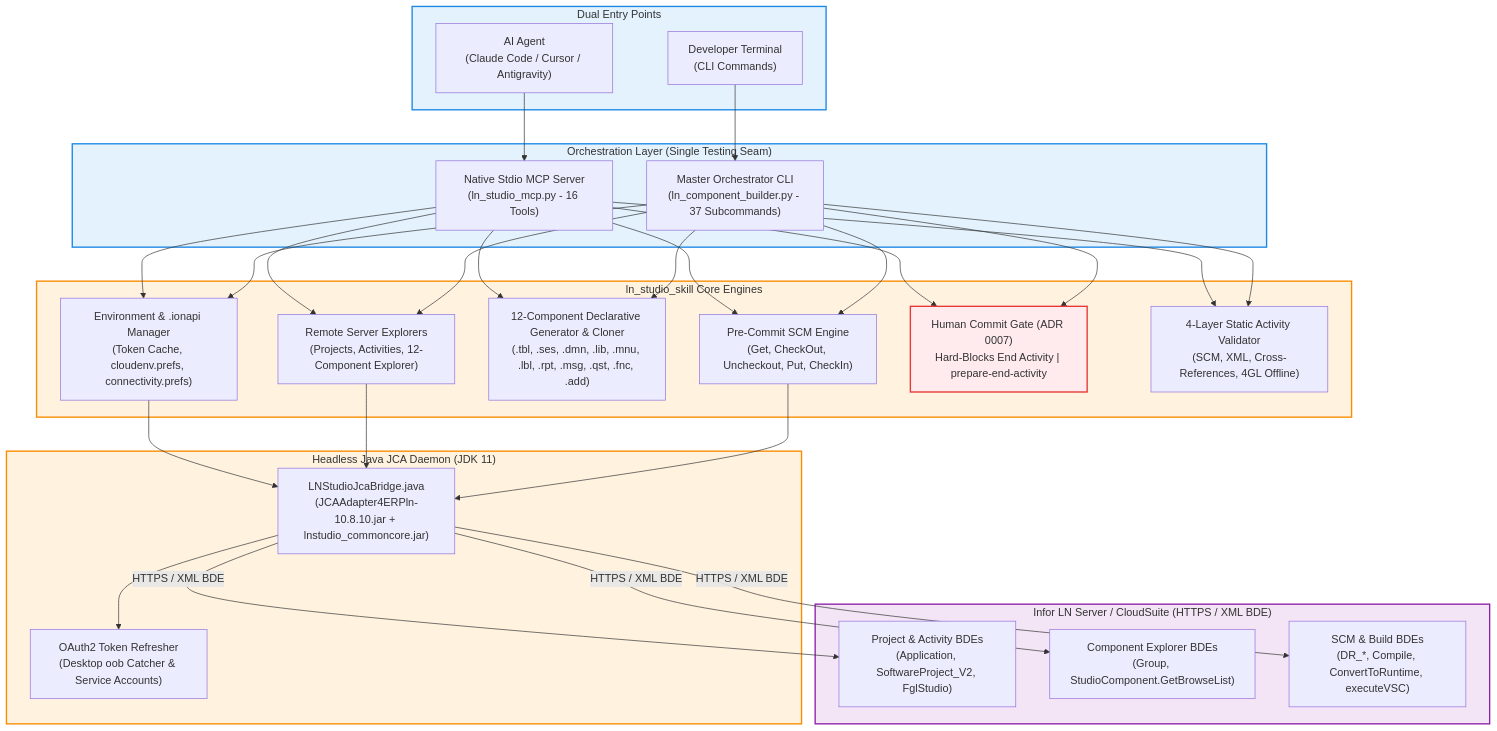
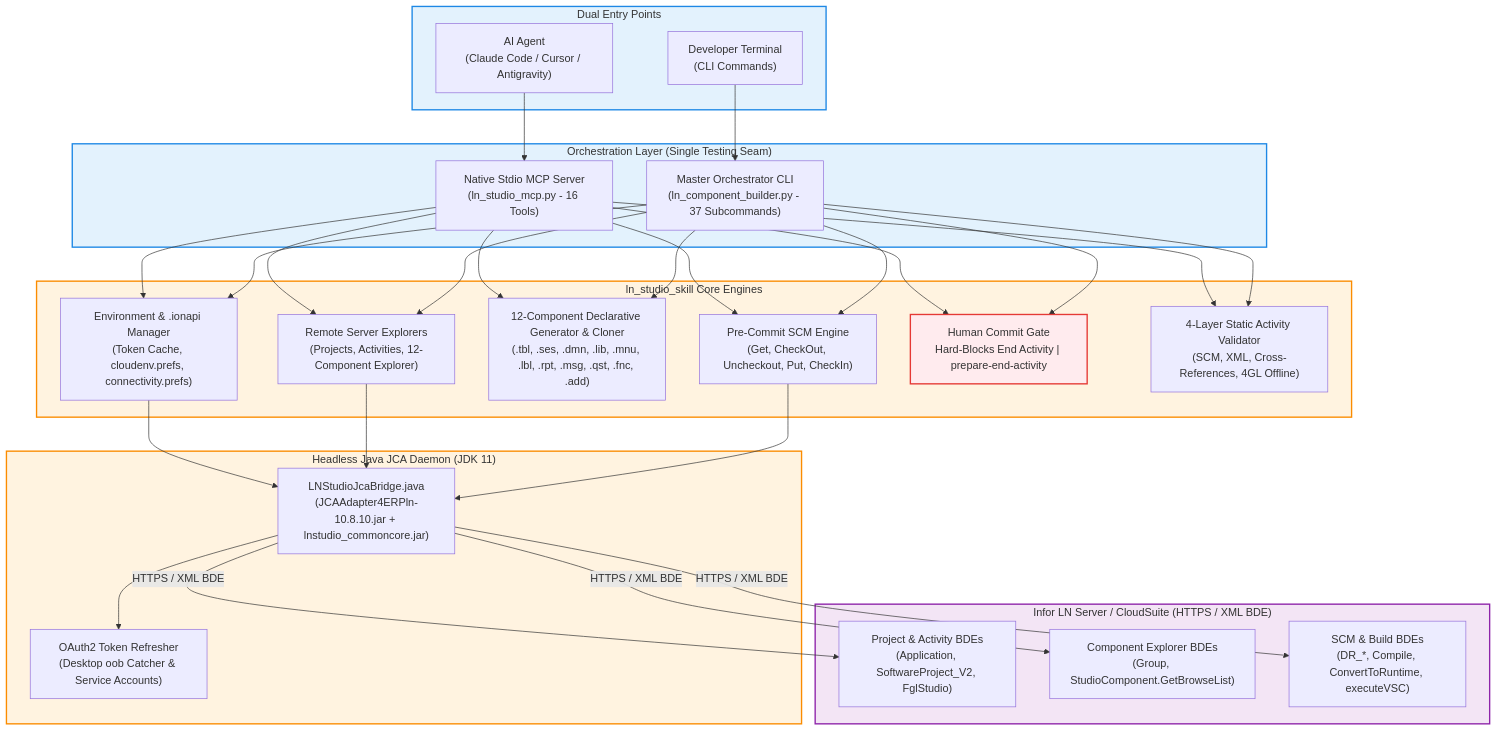
One commit to VerginEvil/Skill_LN changed the diagram in ln_studio_skill/README.md. Above: the diagram before and after it, drawn with Mermaid. The commit also changed other lines of this file and 6 other files, not shown here.

````diff
--- a/ln_studio_skill/README.md
+++ b/ln_studio_skill/README.md
@@ -56,67 +52,67 @@
 ```mermaid
 flowchart TD
     subgraph Clients["Dual Entry Points"]
         AGENT["AI Agent\n(Claude Code / Cursor / Antigravity)"]
         DEV["Developer Terminal\n(CLI Commands)"]
     end
 
     subgraph EntryLayers["Orchestration Layer (Single Testing Seam)"]
         MCP["Native Stdio MCP Server\n(ln_studio_mcp.py - 16 Tools)"]
         CLI["Master Orchestrator CLI\n(ln_component_builder.py - 37 Subcommands)"]
     end
 
     subgraph CoreEngines["ln_studio_skill Core Engines"]
         ENV["Environment & .ionapi Manager\n(Token Cache, cloudenv.prefs, connectivity.prefs)"]
         EXPLORE["Remote Server Explorers\n(Projects, Activities, 12-Component Explorer)"]
         GEN["12-Component Declarative Generator & Cloner\n(.tbl, .ses, .dmn, .lib, .mnu, .lbl, .rpt, .msg, .qst, .fnc, .add)"]
         SCM["Pre-Commit SCM Engine\n(Get, CheckOut, Uncheckout, Put, CheckIn)"]
-        GATE["Human Commit Gate (ADR 0007)\nHard-Blocks End Activity | prepare-end-activity"]
+        GATE["Human Commit Gate\nHard-Blocks End Activity | prepare-end-activity"]
         VAL["4-Layer Static Activity Validator\n(SCM, XML, Cross-References, 4GL Offline)"]
     end
 
     subgraph Bridge["Headless Java JCA Daemon (JDK 11)"]
         JCA["LNStudioJcaBridge.java\n(JCAAdapter4ERPln-10.8.10.jar + lnstudio_commoncore.jar)"]
         AUTH["OAuth2 Token Refresher\n(Desktop oob Catcher & Service Accounts)"]
     end
 
     subgraph Server["Infor LN Server / CloudSuite (HTTPS / XML BDE)"]
         BDE_PROJ["Project & Activity BDEs\n(Application, SoftwareProject_V2, FglStudio)"]
         BDE_EXP["Component Explorer BDEs\n(Group, StudioComponent.GetBrowseList)"]
         BDE_SCM["SCM & Build BDEs\n(DR_*, Compile, ConvertToRuntime, executeVSC)"]
     end
 
     AGENT --> MCP
     DEV --> CLI
 
     MCP --> ENV
     MCP --> EXPLORE
     MCP --> GEN
     MCP --> SCM
     MCP --> GATE
     MCP --> VAL
 
     CLI --> ENV
     CLI --> EXPLORE
     CLI --> GEN
     CLI --> SCM
     CLI --> GATE
     CLI --> VAL
 
     ENV --> JCA
     EXPLORE --> JCA
     SCM --> JCA
     JCA --> AUTH
 
     JCA -- "HTTPS / XML BDE" --> BDE_PROJ
     JCA -- "HTTPS / XML BDE" --> BDE_EXP
     JCA -- "HTTPS / XML BDE" --> BDE_SCM
 
     classDef blue fill:#e3f2fd,stroke:#1e88e5,stroke-width:2px;
     classDef orange fill:#fff3e0,stroke:#fb8c00,stroke-width:2px;
     classDef purple fill:#f3e5f5,stroke:#8e24aa,stroke-width:2px;
     classDef red fill:#ffebee,stroke:#e53935,stroke-width:2px;
     class Clients,EntryLayers blue;
     class CoreEngines,Bridge orange;
     class GATE red;
     class Server purple;
 ```
````
